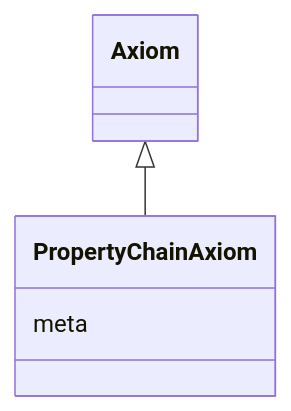
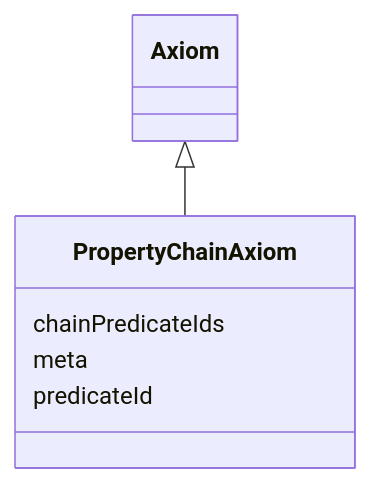
Before and after one commit to INCATools/ontology-access-kit: the diagram in obograph/PropertyChainAxiom.md, drawn with Mermaid. The commit also changed other lines of this file and 117 other files, not shown here.

````diff
--- a/obograph/PropertyChainAxiom.md
+++ b/obograph/PropertyChainAxiom.md
@@ -11,8 +11,10 @@
 ```{mermaid}
  classDiagram
     class PropertyChainAxiom
       Axiom <|-- PropertyChainAxiom
       
+      PropertyChainAxiom : chainPredicateIds
       PropertyChainAxiom : meta
+      PropertyChainAxiom : predicateId
       
 ```
````
